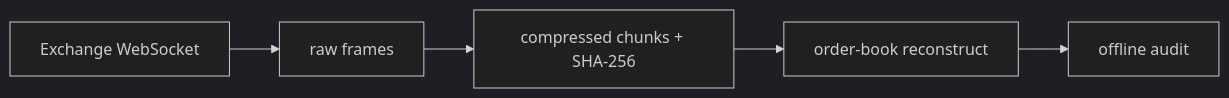
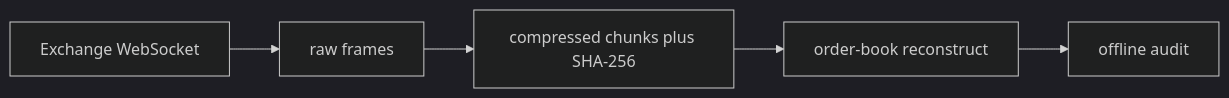
One commit to VarunGore36/VarunGore36 changed the second of 7 diagrams in README.md. Above: the diagram before and after it, drawn with Mermaid (dark theme). The commit also changed other lines of this file, not shown here.

Commit message:
Fix mermaid render, icon-only stack groups

````diff
--- a/README.md
+++ b/README.md
@@ -54,7 +50,7 @@
 ```mermaid
 flowchart LR
-    WS[Exchange WebSocket] --> FR[raw frames]
-    FR --> CH[compressed chunks + SHA-256]
-    CH --> BK[order-book reconstruct]
-    BK --> AU[offline audit]
+    ws["Exchange WebSocket"] --> fr["raw frames"]
+    fr --> ch["compressed chunks plus SHA-256"]
+    ch --> bk["order-book reconstruct"]
+    bk --> au["offline audit"]
 ```
````
